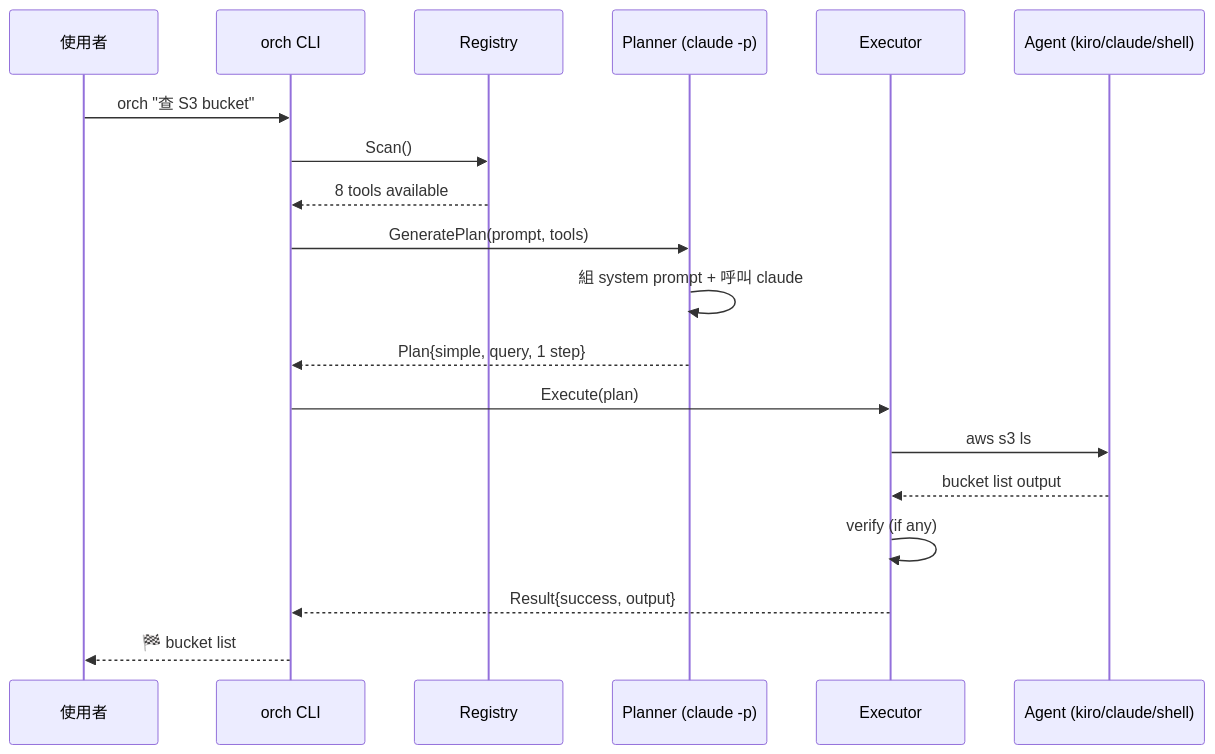
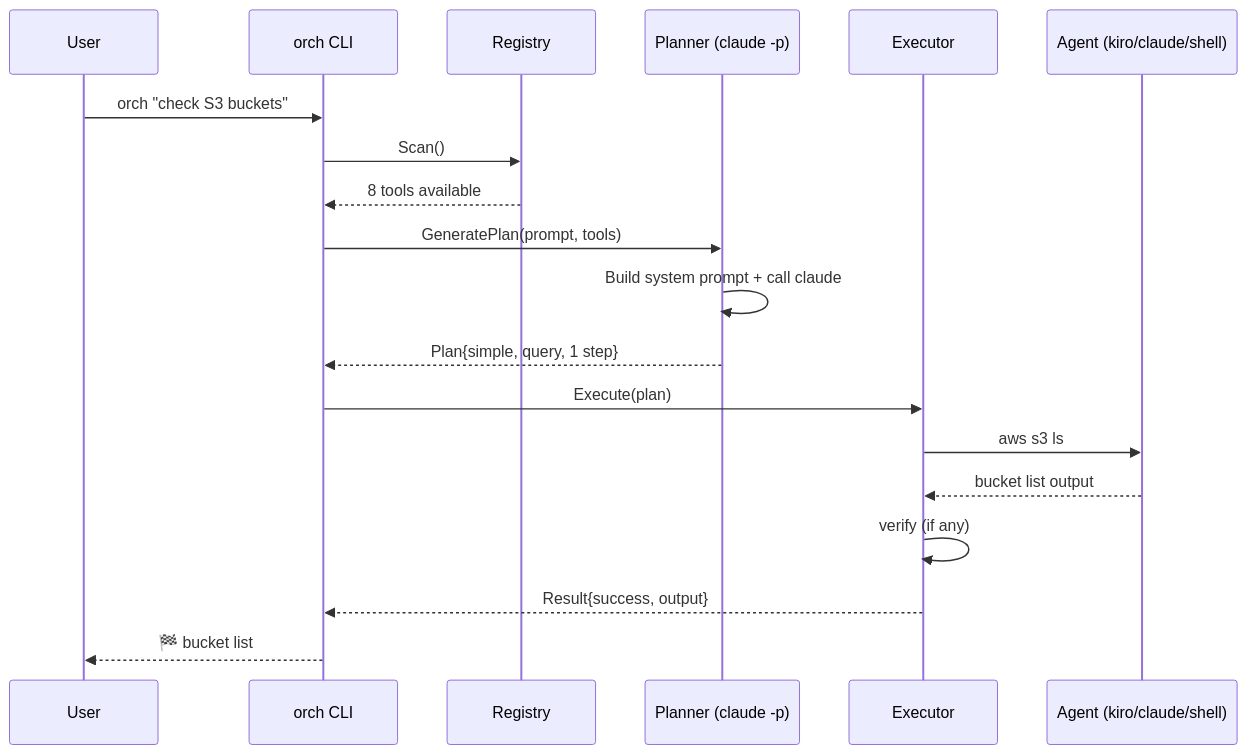
One commit to GordonWei/orch changed the third of 3 diagrams in docs/flow.md. Above: the diagram before and after it, drawn with Mermaid. The commit also changed other lines of this file and 19 other files, not shown here.

````diff
--- a/docs/flow.md
+++ b/docs/flow.md
@@ -115,22 +115,22 @@
 ```mermaid
 sequenceDiagram
-    participant U as 使用者
+    participant U as User
     participant O as orch CLI
     participant R as Registry
     participant P as Planner (claude -p)
     participant E as Executor
     participant A as Agent (kiro/claude/shell)
 
-    U->>O: orch "查 S3 bucket"
+    U->>O: orch "check S3 buckets"
     O->>R: Scan()
     R-->>O: 8 tools available
     O->>P: GeneratePlan(prompt, tools)
-    P->>P: 組 system prompt + 呼叫 claude
+    P->>P: Build system prompt + call claude
     P-->>O: Plan{simple, query, 1 step}
     O->>E: Execute(plan)
     E->>A: aws s3 ls
     A-->>E: bucket list output
     E->>E: verify (if any)
     E-->>O: Result{success, output}
     O-->>U: 🏁 bucket list
 ```
````
